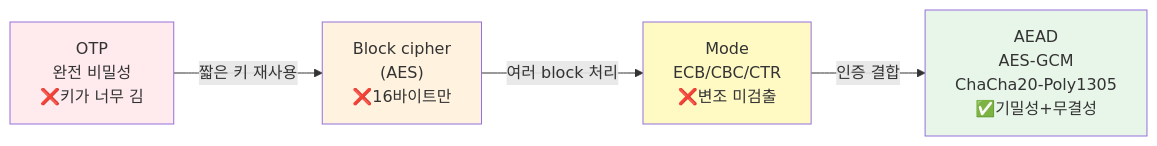
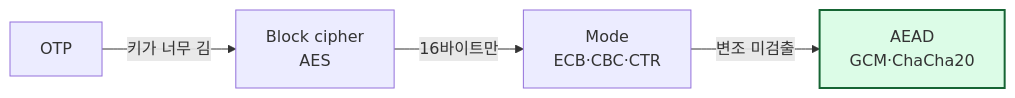
The first of 12 diagrams in 02_대칭키암호_정리.md (KMUTMU/information-security), drawn with Mermaid before and after one commit. The commit also changed other lines of this file and 5 other files, not shown here.

Commit message:
Mermaid 다이어그램 가독성 개선: 짧은 라벨·이모지 제거·색상 최소화

````diff
--- a/02_대칭키암호_정리.md
+++ b/02_대칭키암호_정리.md
@@ -8,10 +8,8 @@
 ```mermaid
 flowchart LR
-    OTP["OTP<br/>완전 비밀성<br/>❌키가 너무 김"] -->|"짧은 키 재사용"| AES["Block cipher<br/>(AES)<br/>❌16바이트만"]
-    AES -->|"여러 block 처리"| MODE["Mode<br/>ECB/CBC/CTR<br/>❌변조 미검출"]
-    MODE -->|"인증 결합"| AEAD["AEAD<br/>AES-GCM<br/>ChaCha20-Poly1305<br/>✅기밀성+무결성"]
-    style OTP fill:#ffebee
-    style AES fill:#fff3e0
-    style MODE fill:#fff9c4
-    style AEAD fill:#e8f5e9
+    OTP["OTP"] -->|"키가 너무 김"| AES["Block cipher<br/>AES"]
+    AES -->|"16바이트만"| MODE["Mode<br/>ECB·CBC·CTR"]
+    MODE -->|"변조 미검출"| AEAD["AEAD<br/>GCM·ChaCha20"]
+    classDef key fill:#dcfce7,stroke:#166534,stroke-width:2px
+    class AEAD key
 ```
````
